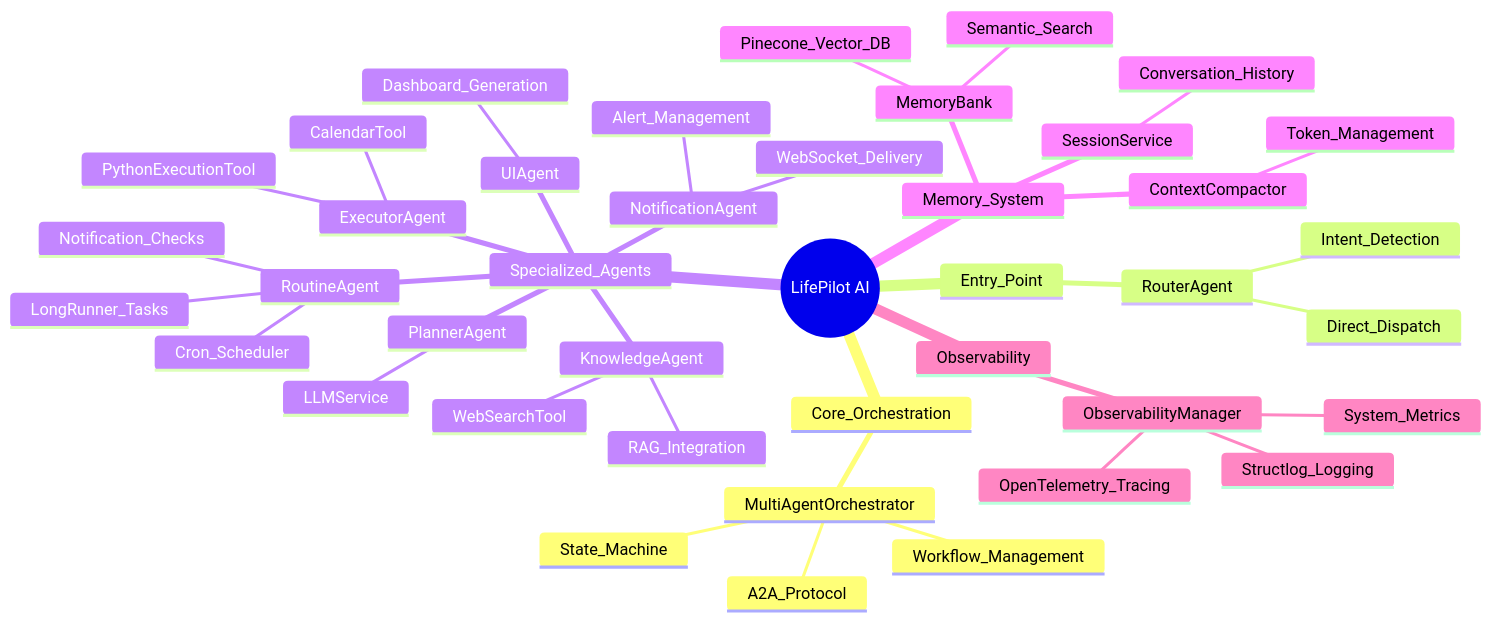
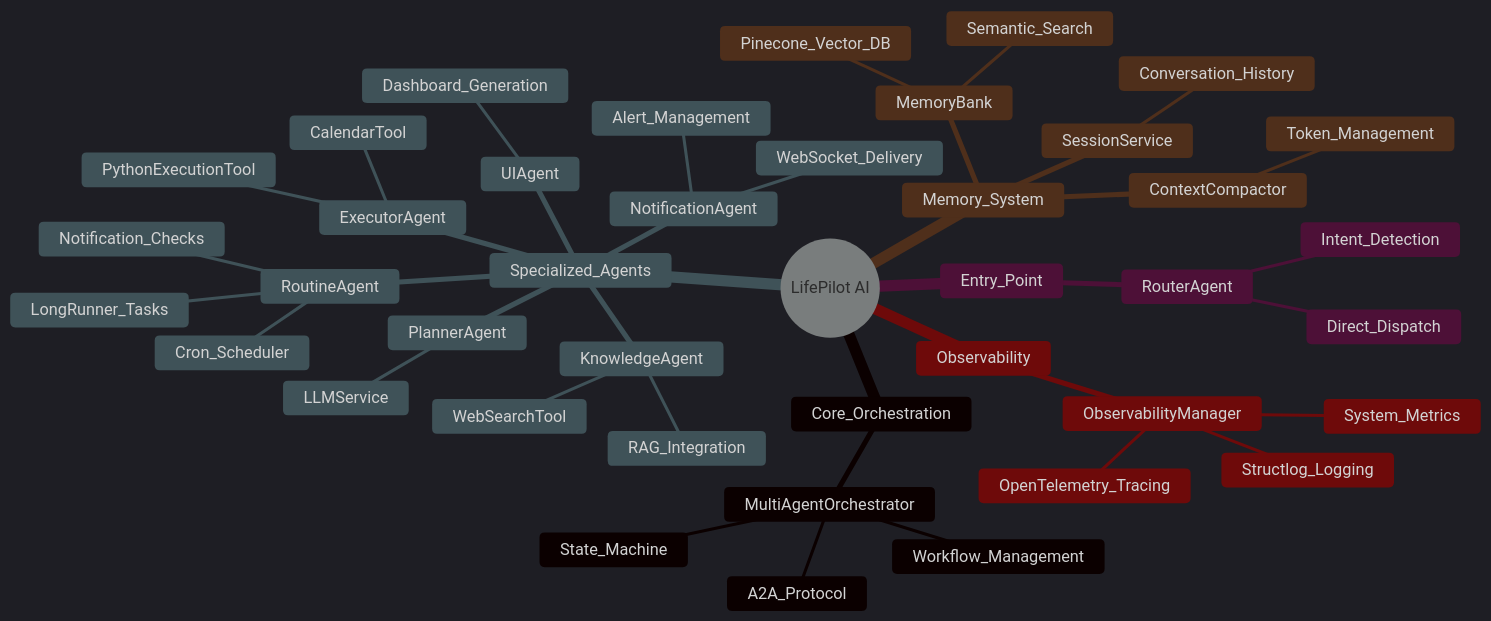
The diagram in README.md (JayChauhan3/lifepilot), drawn with Mermaid before and after one commit.

Commit message:
README
Mermaid diagram

````diff
--- a/README.md
+++ b/README.md
@@ -54,44 +54,45 @@
 ```mermaid
+%%{init: {'theme': 'dark', 'themeVariables': { 'primaryColor': '#ffffff', 'primaryTextColor': '#ffffff', 'lineColor': '#ffffff', 'textColor': '#ffffff' }}}%%
 mindmap
   root((LifePilot AI))
     Core_Orchestration
       MultiAgentOrchestrator
         Workflow_Management
         State_Machine
         A2A_Protocol
     Entry_Point
       RouterAgent
         Intent_Detection
         Direct_Dispatch
     Specialized_Agents
       PlannerAgent
         LLMService
       ExecutorAgent
         CalendarTool
         PythonExecutionTool
       KnowledgeAgent
         WebSearchTool
         RAG_Integration
       NotificationAgent
         Alert_Management
         WebSocket_Delivery
       RoutineAgent
         Cron_Scheduler
         LongRunner_Tasks
         Notification_Checks
       UIAgent
         Dashboard_Generation
     Memory_System
       MemoryBank
         Pinecone_Vector_DB
         Semantic_Search
       SessionService
         Conversation_History
       ContextCompactor
         Token_Management
     Observability
       ObservabilityManager
         OpenTelemetry_Tracing
         Structlog_Logging
         System_Metrics
 ```
````
